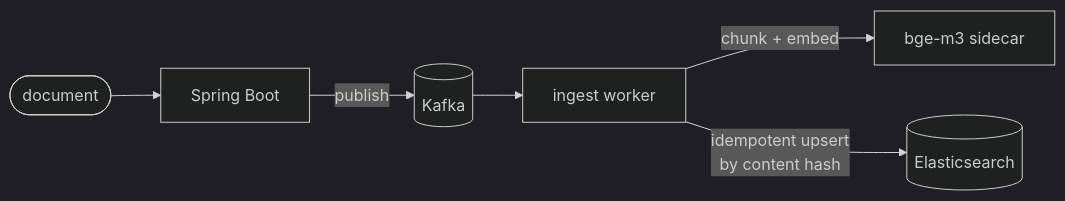
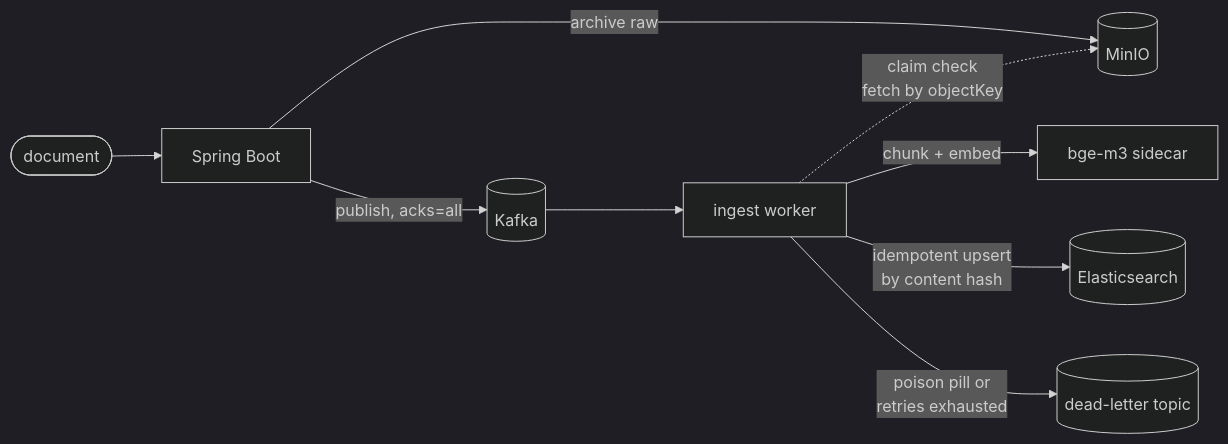
The second of 2 diagrams in README.md (jinwovo/recall), drawn with Mermaid (dark theme) before and after one commit. The commit also changed other lines of this file and 3 other files, not shown here.

````diff
--- a/README.md
+++ b/README.md
@@ -56,8 +66,11 @@
 ```mermaid
 flowchart LR
     DOC([document]) --> API[Spring Boot]
-    API -->|publish| KAFKA[(Kafka)]
+    API -->|archive raw| MINIO[(MinIO)]
+    API -->|publish, acks=all| KAFKA[(Kafka)]
     KAFKA --> W[ingest worker]
+    W -.claim check<br/>fetch by objectKey.-> MINIO
     W -->|chunk + embed| SIDE[bge-m3 sidecar]
     W -->|idempotent upsert<br/>by content hash| ES[(Elasticsearch)]
+    W -->|poison pill or<br/>retries exhausted| DLQ[(dead-letter topic)]
 ```
````
